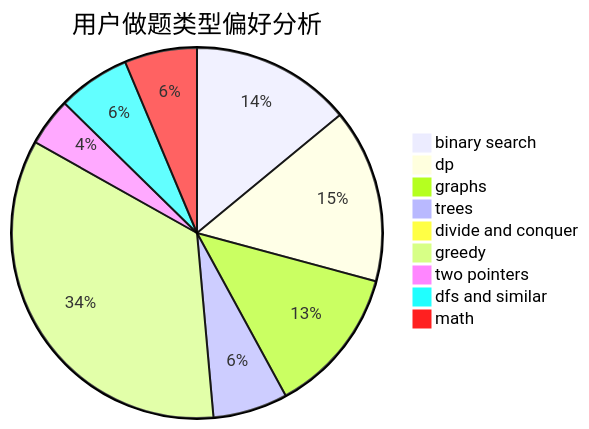
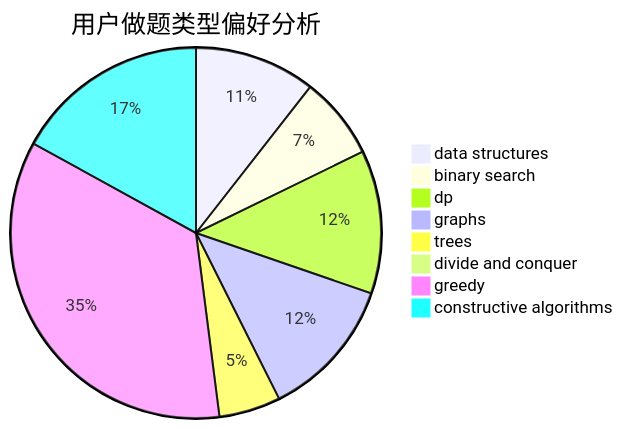
One commit to sherpahu/cfrs.github.io changed the second of 3 diagrams in docs/user/u733.md. Above: the diagram before and after it, drawn with Mermaid. The commit also changed other lines of this file and 2775 other files, not shown here.

````diff
--- a/docs/user/u733.md
+++ b/docs/user/u733.md
@@ -23,12 +23,11 @@
 ```mermaid
 pie title 用户做题类型偏好分析
-    "binary search" :  217
-    "dp" :  235
-    "graphs" :  199
-    "trees" :  101
-    "divide and conquer" :  15
-    "greedy" :  535
-    "two pointers" :  65
-    "dfs and similar" :  98
-    "math" :  98
+    "data structures" :  120
+    "binary search" :  82
+    "dp" :  142
+    "graphs" :  140
+    "trees" :  61
+    "divide and conquer" :  4
+    "greedy" :  398
+    "constructive algorithms" :  193
 ```
````
